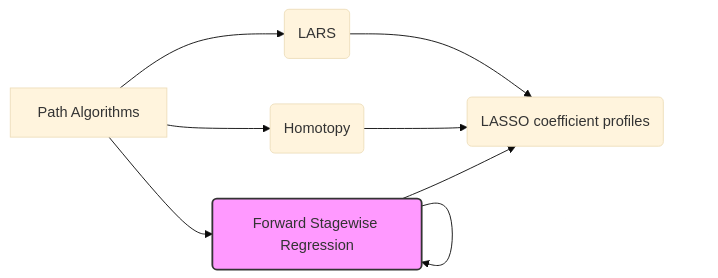
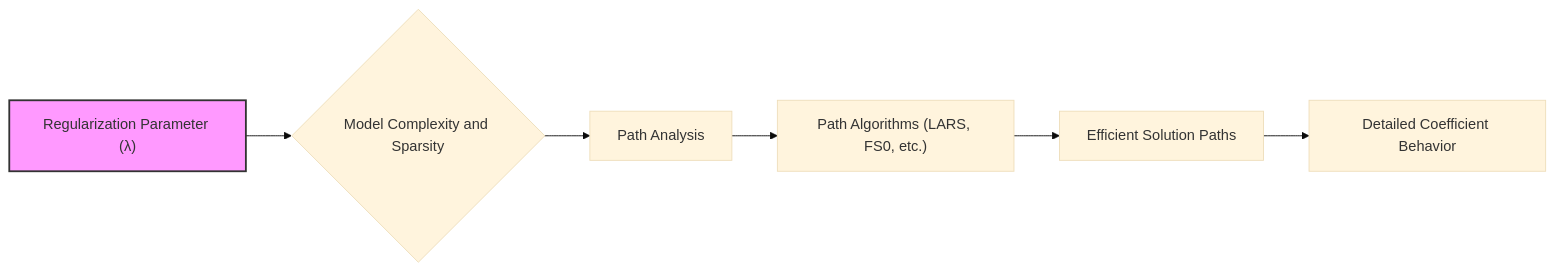
Before and after one commit to diegomrodrigues/statistical_learning_notes: the first of 3 diagrams in 01. Linear Regression/01. Key Themes/04. Path Algorithms.md, drawn with Mermaid (base theme). The commit also changed other lines of this file and 8 other files, not shown here.

````diff
--- a/01. Linear Regression/01. Key Themes/04. Path Algorithms.md
+++ b/01. Linear Regression/01. Key Themes/04. Path Algorithms.md
@@ -3,11 +3,9 @@
 ```mermaid
 graph LR
-    A["Path Algorithms"] --> B("LARS");
-    A --> C("Homotopy");
-    A --> D("Forward Stagewise Regression");
-    D --> D
-    B --> E("LASSO coefficient profiles");
-    C --> E
-    D --> E
-    style D fill:#f9f,stroke:#333,stroke-width:2px
+    A["Regularization Parameter (λ)"] --> B{"Model Complexity and Sparsity"};
+    B --> C["Path Analysis"];
+    C --> D["Path Algorithms (LARS, FS0, etc.)"];
+    D --> E["Efficient Solution Paths"];
+    E --> F["Detailed Coefficient Behavior"];
+    style A fill:#f9f,stroke:#333,stroke-width:2px
 ```
````
